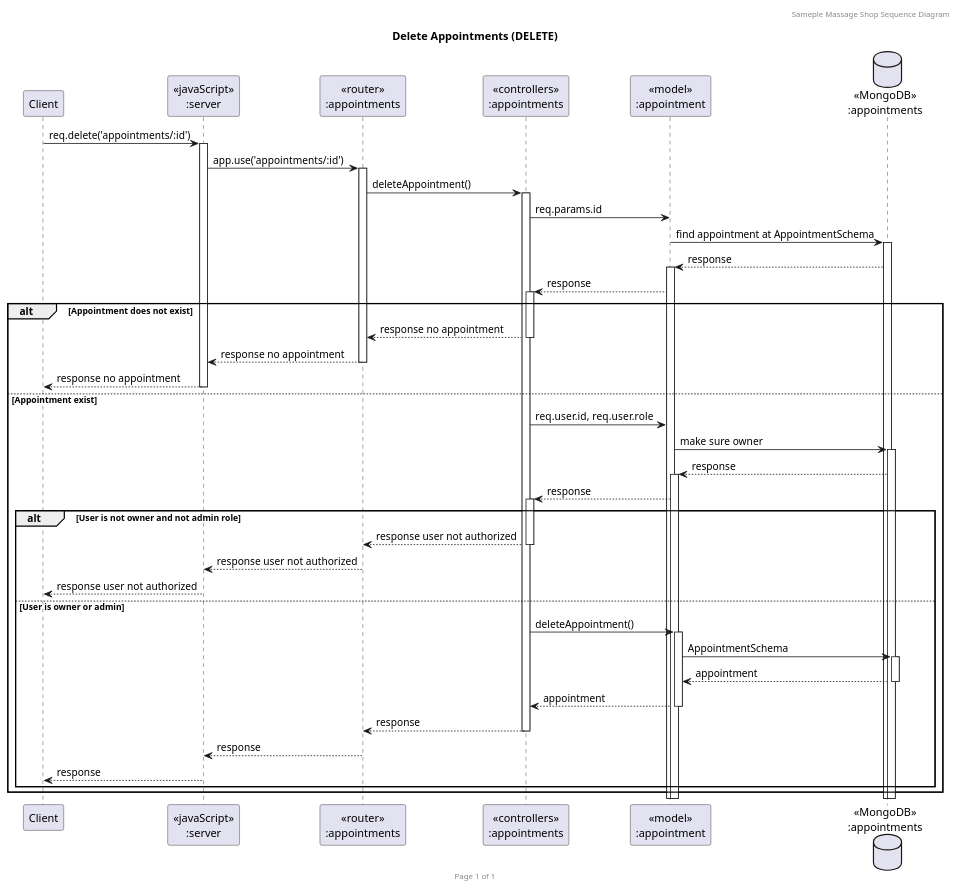
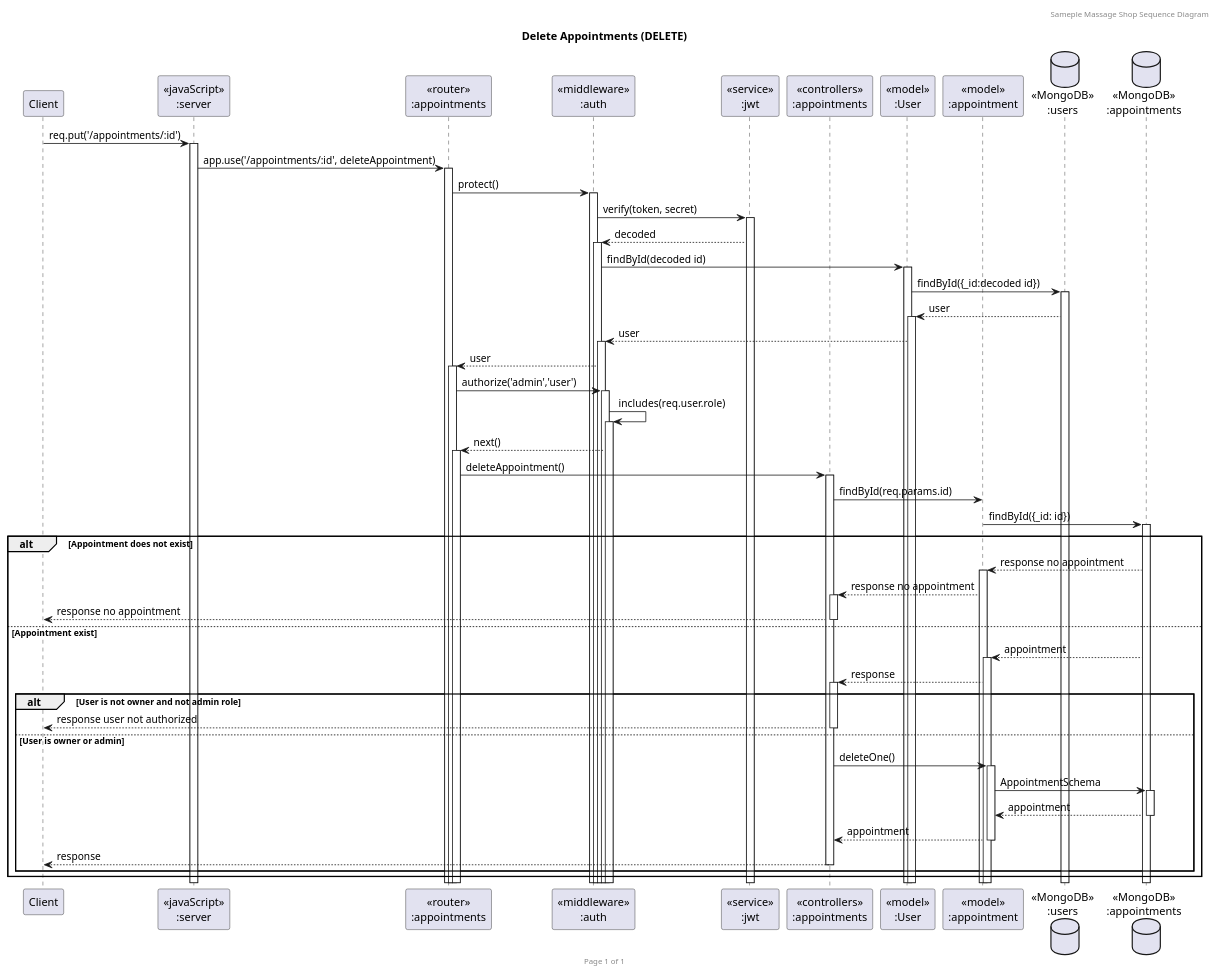
One commit to BabeTanya/massage-catherine changed the diagram in sequence_diagram/MassageSequence_deleteAppt.puml. Above: the diagram before and after it, drawn with PlantUML. The commit also changed 13 other files, not shown here.

Commit message:
Revise sequence diagram and import new collection postman

```diff
--- a/sequence_diagram/MassageSequence_deleteAppt.puml
+++ b/sequence_diagram/MassageSequence_deleteAppt.puml
@@ -1,45 +1,52 @@
 @startuml Delete Appointments (DELETE)
 
 header Sameple Massage Shop Sequence Diagram
 footer Page %page% of %lastpage%
 title "Delete Appointments (DELETE)"
 
 participant "Client" as client
 participant "<<javaScript>>\n:server" as server
 participant "<<router>>\n:appointments" as routerAppointments
+participant "<<middleware>>\n:auth" as middleware
+participant "<<service>>\n:jwt" as service
 participant "<<controllers>>\n:appointments" as controllersAppointments
+participant "<<model>>\n:User" as modelUser
 participant "<<model>>\n:appointment" as modelAppointment
+database "<<MongoDB>>\n:users" as UsersDatabase
 database "<<MongoDB>>\n:appointments" as AppointmentsDatabase
 
-client->server ++:req.delete('appointments/:id')
-server->routerAppointments ++:app.use('appointments/:id')
+client->server ++:req.put('/appointments/:id')
+server->routerAppointments ++:app.use('/appointments/:id', deleteAppointment)
+routerAppointments -> middleware ++:protect()
+middleware -> service ++:verify(token, secret)
+middleware <-- service ++:decoded
+middleware -> modelUser ++:findById(decoded id)
+modelUser -> UsersDatabase ++:findById({_id:decoded id})
+modelUser <-- UsersDatabase ++:user
+middleware <-- modelUser ++:user
+routerAppointments <-- middleware ++:user
+routerAppointments -> middleware ++:authorize('admin','user')
+middleware -> middleware ++:includes(req.user.role)
+routerAppointments <-- middleware ++:next()
 routerAppointments -> controllersAppointments ++:deleteAppointment()
-controllersAppointments->modelAppointment: req.params.id
-modelAppointment ->AppointmentsDatabase ++: find appointment at AppointmentSchema
-modelAppointment <-- AppointmentsDatabase ++: response
-controllersAppointments <-- modelAppointment ++: response
+controllersAppointments->modelAppointment: findById(req.params.id)
+modelAppointment ->AppointmentsDatabase ++: findById({_id: id})
   alt Appointment does not exist
-    routerAppointments <-- controllersAppointments --:response no appointment
-    server <-- routerAppointments --:response no appointment
-    client <-- server --:response no appointment
+    modelAppointment <-- AppointmentsDatabase ++: response no appointment
+    controllersAppointments <-- modelAppointment ++: response no appointment
+    client <-- controllersAppointments --:response no appointment
   else Appointment exist
-    controllersAppointments->modelAppointment: req.user.id, req.user.role
-    modelAppointment ->AppointmentsDatabase ++: make sure owner
-    modelAppointment <-- AppointmentsDatabase ++: response
+    modelAppointment <-- AppointmentsDatabase ++: appointment
     controllersAppointments <-- modelAppointment ++: response
     alt User is not owner and not admin role
-      routerAppointments <-- controllersAppointments --:response user not authorized
-      server <-- routerAppointments --:response user not authorized
-      client <-- server --:response user not authorized
+      client <-- controllersAppointments --:response user not authorized
     else User is owner or admin
-      controllersAppointments->modelAppointment ++:deleteAppointment()
+      controllersAppointments->modelAppointment ++:deleteOne()
       modelAppointment ->AppointmentsDatabase ++: AppointmentSchema
       AppointmentsDatabase --> modelAppointment --: appointment
       controllersAppointments <-- modelAppointment --:appointment
-      routerAppointments <-- controllersAppointments --:response
-      server <-- routerAppointments --:response
-      client <-- server --:response
+      client <-- controllersAppointments --:response
     end
   end
 
 @enduml
```
